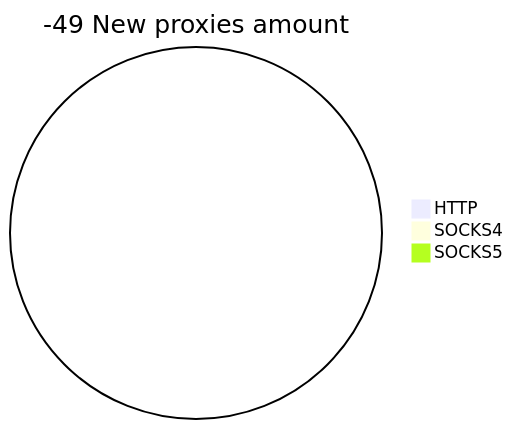
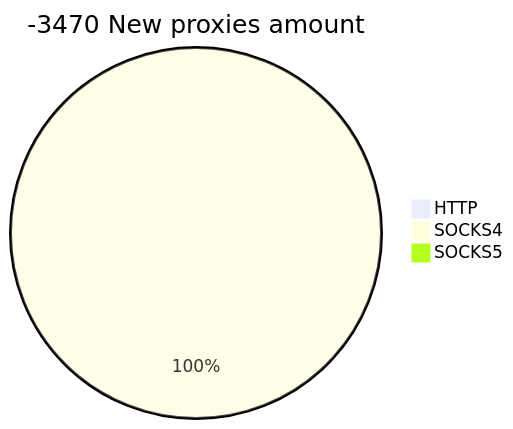
The second of 2 diagrams in README.md (cutipu/proxylist), drawn with Mermaid before and after one commit. The commit also changed other lines of this file, not shown here.

````diff
--- a/README.md
+++ b/README.md
@@ -10,6 +10,6 @@
 ```mermaid
-pie title -49 New proxies amount
+pie title -3470 New proxies amount
     "HTTP" : 0
-    "SOCKS4" : 0
+    "SOCKS4" : 2
     "SOCKS5" : 0
 ```
````
